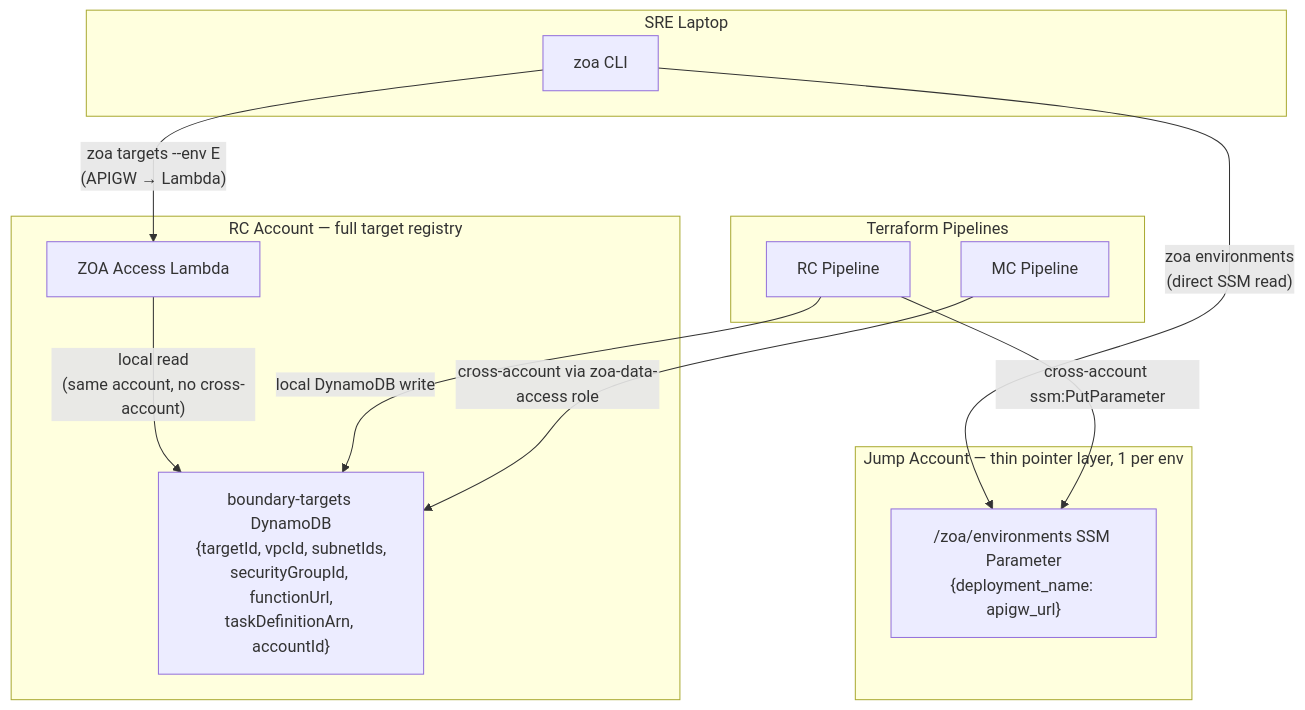
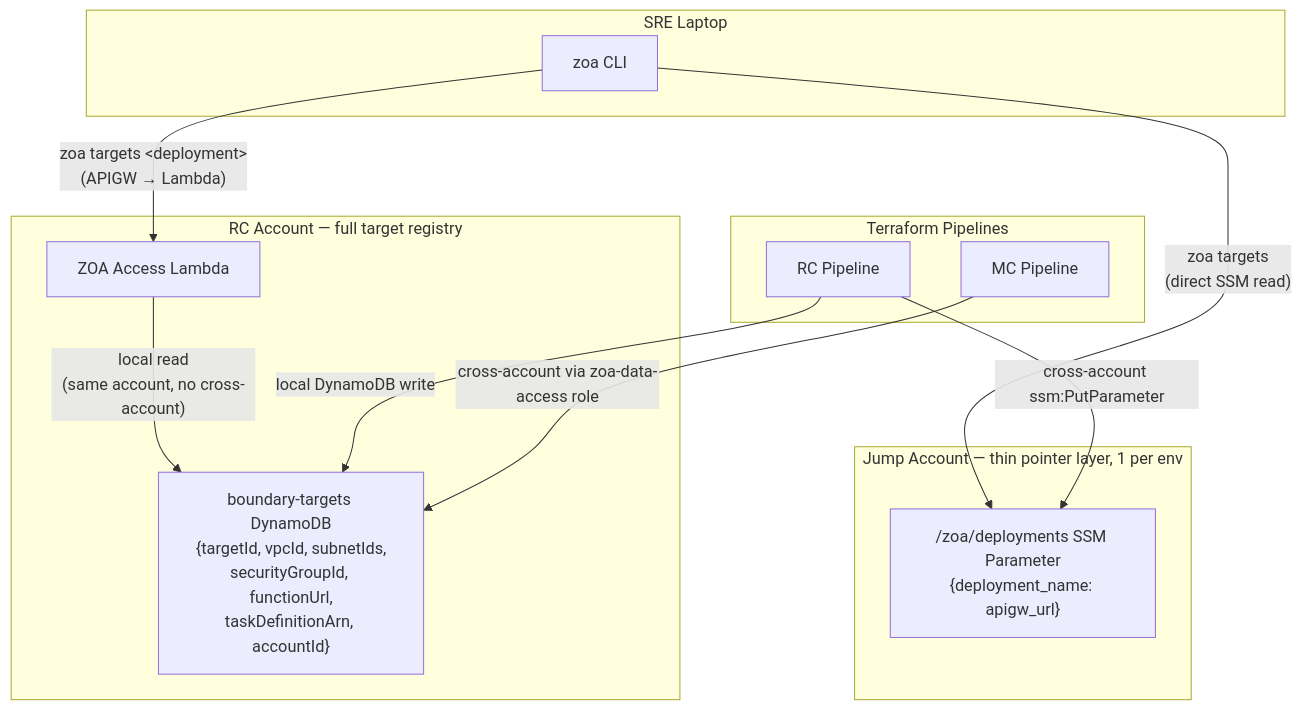
One commit to slopezz/rosa-hyperfleet-zoa changed the second of 5 diagrams in docs/design/zoa-boundary-epic-plan.md. Above: the diagram before and after it, drawn with Mermaid. The commit also changed other lines of this file, not shown here.

First line of the commit message:
docs: finalize CLI naming — targets, session, deployment_name

````diff
--- a/docs/design/zoa-boundary-epic-plan.md
+++ b/docs/design/zoa-boundary-epic-plan.md
@@ -75,28 +75,28 @@
 ```mermaid
 graph TD
     subgraph jumpAccount [Jump Account — thin pointer layer, 1 per env]
-        paramEnvs["/zoa/environments SSM Parameter<br/>{deployment_name: apigw_url}"]
+        paramEnvs["/zoa/deployments SSM Parameter<br/>{deployment_name: apigw_url}"]
     end
 
     subgraph rcAccount [RC Account — full target registry]
         boundaryTargets["boundary-targets DynamoDB<br/>{targetId, vpcId, subnetIds,<br/>securityGroupId, functionUrl,<br/>taskDefinitionArn, accountId}"]
         accessLambda["ZOA Access Lambda"]
     end
 
     subgraph sreLaptop [SRE Laptop]
         zoaCLI["zoa CLI"]
     end
 
     subgraph terraform [Terraform Pipelines]
         rcPipeline["RC Pipeline"]
         mcPipeline["MC Pipeline"]
     end
 
-    zoaCLI -->|"zoa environments<br/>(direct SSM read)"| paramEnvs
-    zoaCLI -->|"zoa targets --env E<br/>(APIGW → Lambda)"| accessLambda
+    zoaCLI -->|"zoa targets<br/>(direct SSM read)"| paramEnvs
+    zoaCLI -->|"zoa targets &lt;deployment&gt;<br/>(APIGW → Lambda)"| accessLambda
     accessLambda -->|"local read<br/>(same account, no cross-account)"| boundaryTargets
 
     rcPipeline -->|"cross-account ssm:PutParameter"| paramEnvs
     rcPipeline -->|"local DynamoDB write"| boundaryTargets
     mcPipeline -->|"cross-account via zoa-data-access role"| boundaryTargets
 ```
````
